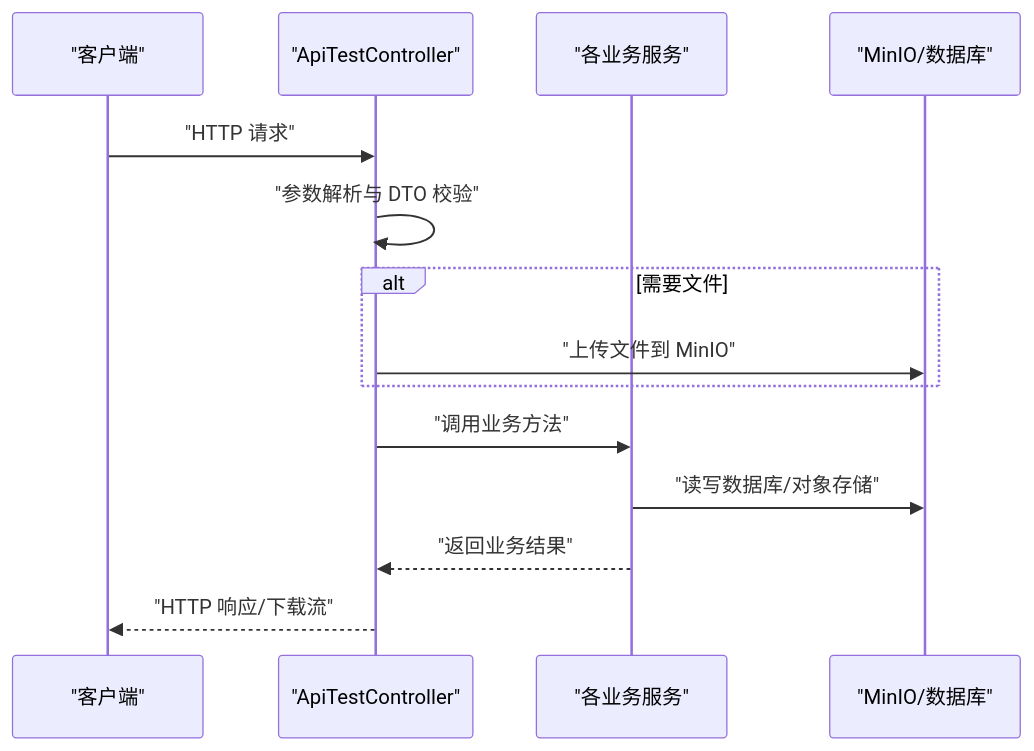
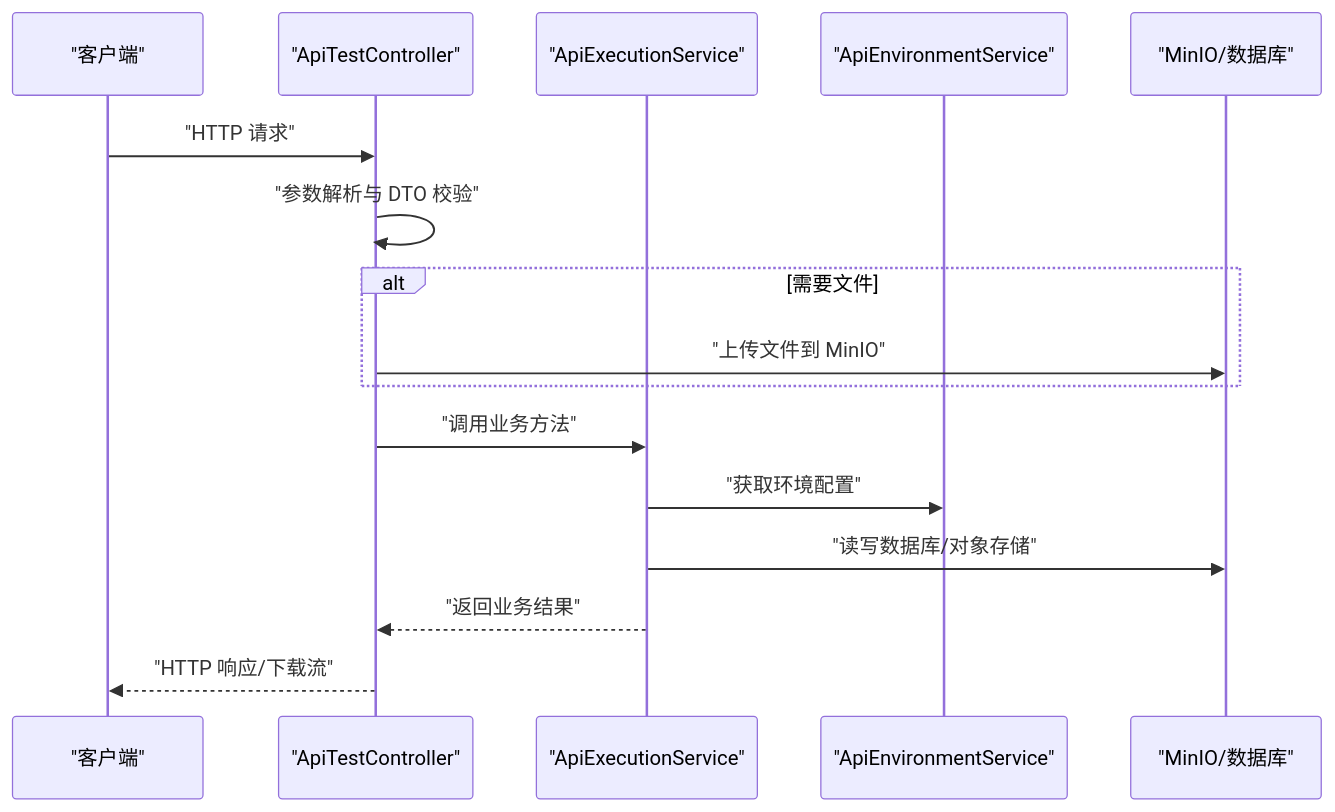
Before and after one commit to Lichhu/caseForge: the second of 6 diagrams in .qoder/repowiki/zh/content/后端开发/控制器层开发/API 测试控制器.md, drawn with Mermaid. The commit also changed other lines of this file and 8 other files, not shown here.

````diff
--- a/.qoder/repowiki/zh/content/后端开发/控制器层开发/API 测试控制器.md
+++ b/.qoder/repowiki/zh/content/后端开发/控制器层开发/API 测试控制器.md
@@ -129,16 +139,18 @@
 ```mermaid
 sequenceDiagram
 participant Client as "客户端"
 participant Ctrl as "ApiTestController"
-participant Svc as "各业务服务"
+participant ExecSvc as "ApiExecutionService"
+participant EnvSvc as "ApiEnvironmentService"
 participant Store as "MinIO/数据库"
 Client->>Ctrl : "HTTP 请求"
 Ctrl->>Ctrl : "参数解析与 DTO 校验"
 alt 需要文件
 Ctrl->>Store : "上传文件到 MinIO"
 end
-Ctrl->>Svc : "调用业务方法"
-Svc->>Store : "读写数据库/对象存储"
-Svc-->>Ctrl : "返回业务结果"
+Ctrl->>ExecSvc : "调用业务方法"
+ExecSvc->>EnvSvc : "获取环境配置"
+ExecSvc->>Store : "读写数据库/对象存储"
+ExecSvc-->>Ctrl : "返回业务结果"
 Ctrl-->>Client : "HTTP 响应/下载流"
 ```
````
